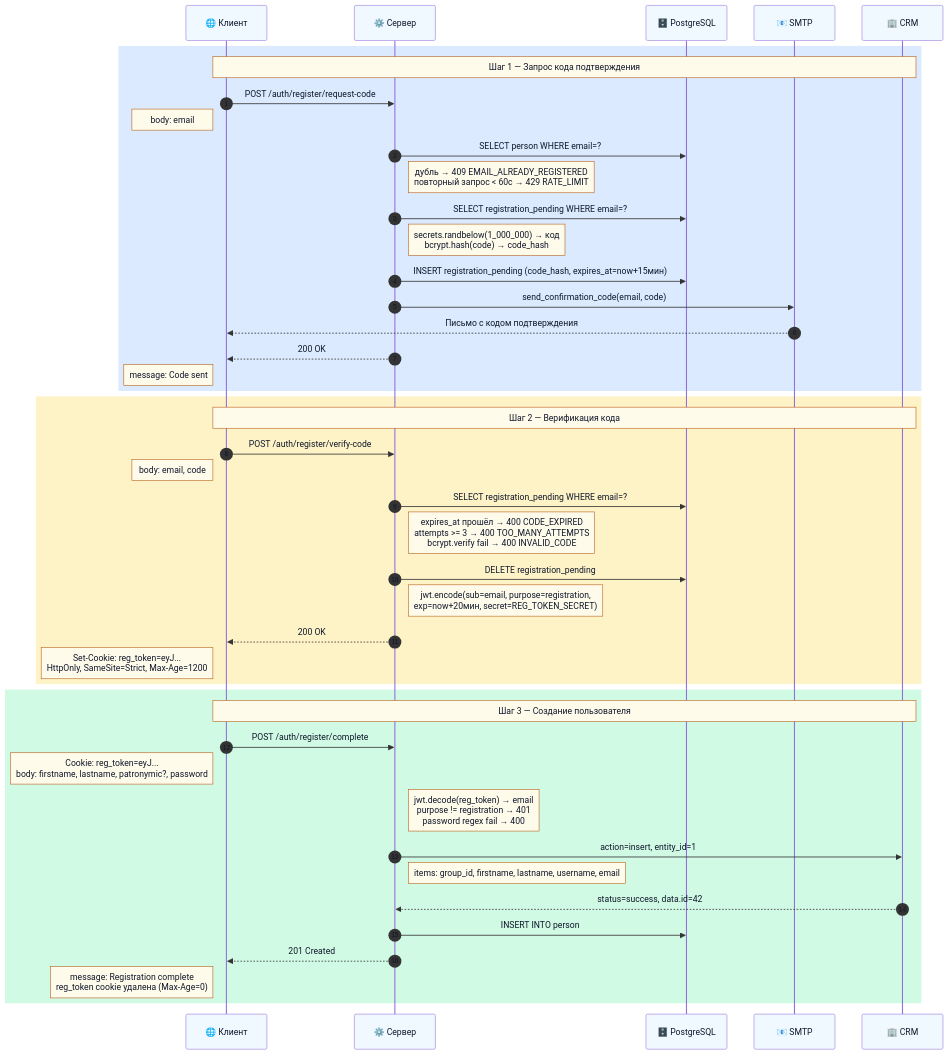
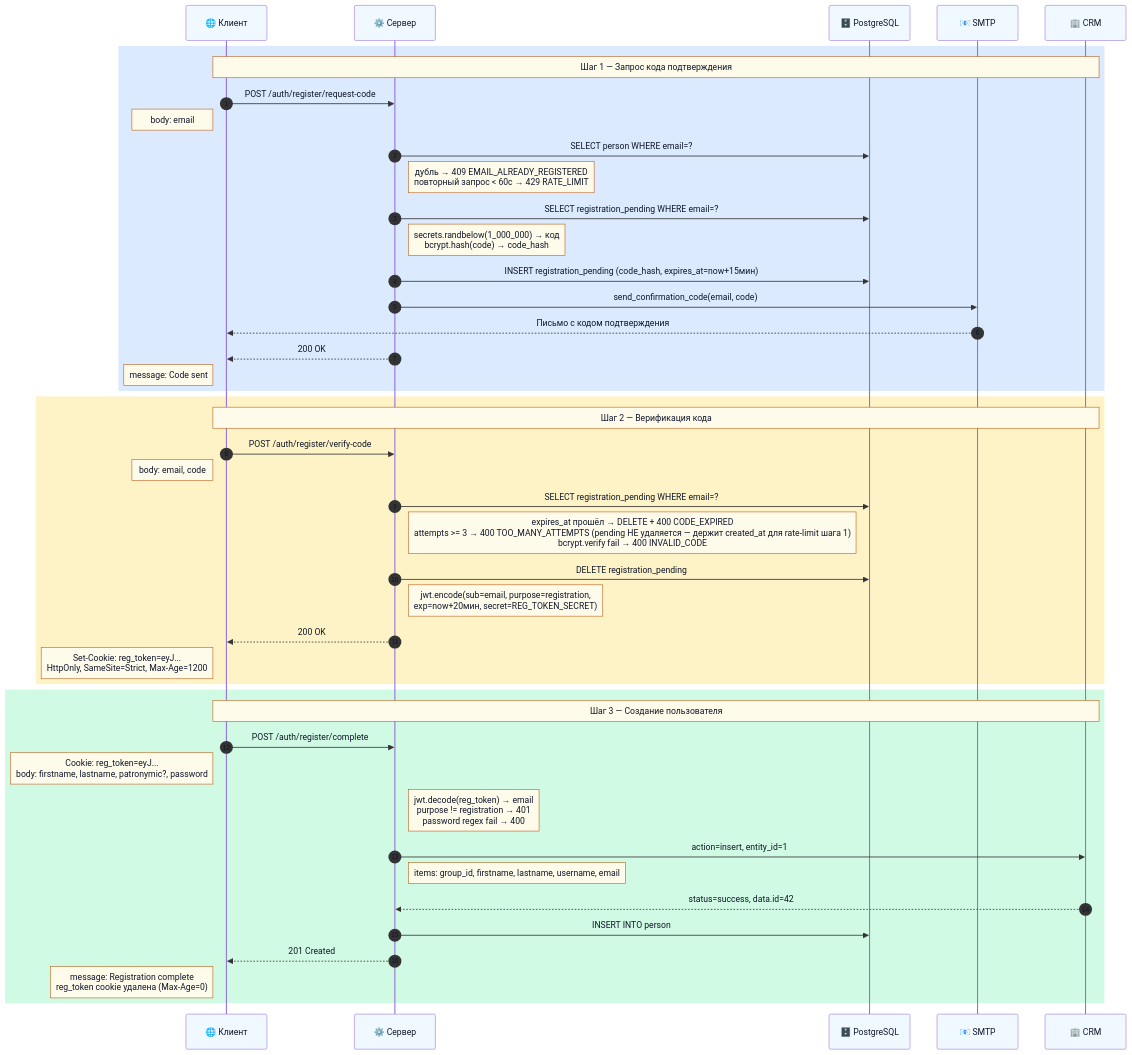
Before and after one commit to bodyauza/task-manager: the first of 2 diagrams in README.md, drawn with Mermaid. The commit also changed other lines of this file and 30 other files, not shown here.

````diff
--- a/README.md
+++ b/README.md
@@ -133,50 +133,50 @@
 ```mermaid
 %%{init: {'theme': 'default', 'themeVariables': {'noteTextColor': '#0f172a', 'noteBkgColor': '#fffbeb', 'noteBorderColor': '#b45309', 'signalTextColor': '#0f172a', 'actorTextColor': '#0f172a', 'actorBkg': '#f0f9ff', 'actorBorderColor': '#0284c7', 'labelTextColor': '#0f172a', 'sequenceNumberColor': '#0f172a'}}}%%
 sequenceDiagram
     autonumber
     participant C as 🌐 Клиент
     participant S as ⚙️ Сервер
     participant D as 🗄️ PostgreSQL
     participant M as 📧 SMTP
     participant R as 🏢 CRM
 
     rect rgb(219, 234, 254)
         Note over C,R: Шаг 1 — Запрос кода подтверждения
         C->>S: POST /auth/register/request-code
         Note left of C: body: email
         S->>D: SELECT person WHERE email=?
         Note right of S: дубль → 409 EMAIL_ALREADY_REGISTERED<br/>повторный запрос < 60с → 429 RATE_LIMIT
         S->>D: SELECT registration_pending WHERE email=?
         Note right of S: secrets.randbelow(1_000_000) → код<br/>bcrypt.hash(code) → code_hash
         S->>D: INSERT registration_pending (code_hash, expires_at=now+15мин)
         S->>M: send_confirmation_code(email, code)
         M-->>C: Письмо с кодом подтверждения
         S-->>C: 200 OK
         Note left of C: message: Code sent
     end
 
     rect rgb(254, 243, 199)
         Note over C,R: Шаг 2 — Верификация кода
         C->>S: POST /auth/register/verify-code
         Note left of C: body: email, code
         S->>D: SELECT registration_pending WHERE email=?
-        Note right of S: expires_at прошёл → 400 CODE_EXPIRED<br/>attempts >= 3 → 400 TOO_MANY_ATTEMPTS<br/>bcrypt.verify fail → 400 INVALID_CODE
+        Note right of S: expires_at прошёл → DELETE + 400 CODE_EXPIRED<br/>attempts >= 3 → 400 TOO_MANY_ATTEMPTS (pending НЕ удаляется — держит created_at для rate-limit шага 1)<br/>bcrypt.verify fail → 400 INVALID_CODE
         S->>D: DELETE registration_pending
         Note right of S: jwt.encode(sub=email, purpose=registration,<br/>exp=now+20мин, secret=REG_TOKEN_SECRET)
         S-->>C: 200 OK
         Note left of C: Set-Cookie: reg_token=eyJ...<br/>HttpOnly, SameSite=Strict, Max-Age=1200
     end
 
     rect rgb(209, 250, 229)
         Note over C,R: Шаг 3 — Создание пользователя
         C->>S: POST /auth/register/complete
         Note left of C: Cookie: reg_token=eyJ...<br/>body: firstname, lastname, patronymic?, password
         Note right of S: jwt.decode(reg_token) → email<br/>purpose != registration → 401<br/>password regex fail → 400
         S->>R: action=insert, entity_id=1
         Note right of S: items: group_id, firstname, lastname, username, email
         R-->>S: status=success, data.id=42
         S->>D: INSERT INTO person
         S-->>C: 201 Created
         Note left of C: message: Registration complete<br/>reg_token cookie удалена (Max-Age=0)
     end
 ```
````
